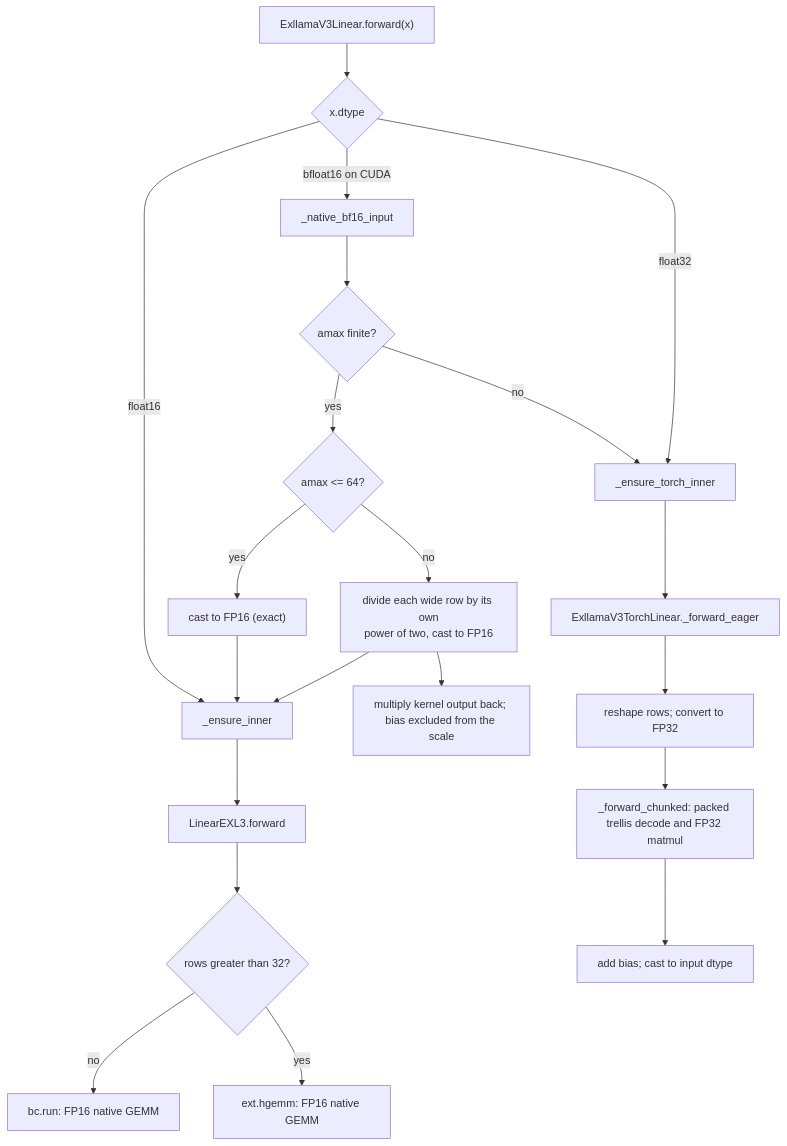
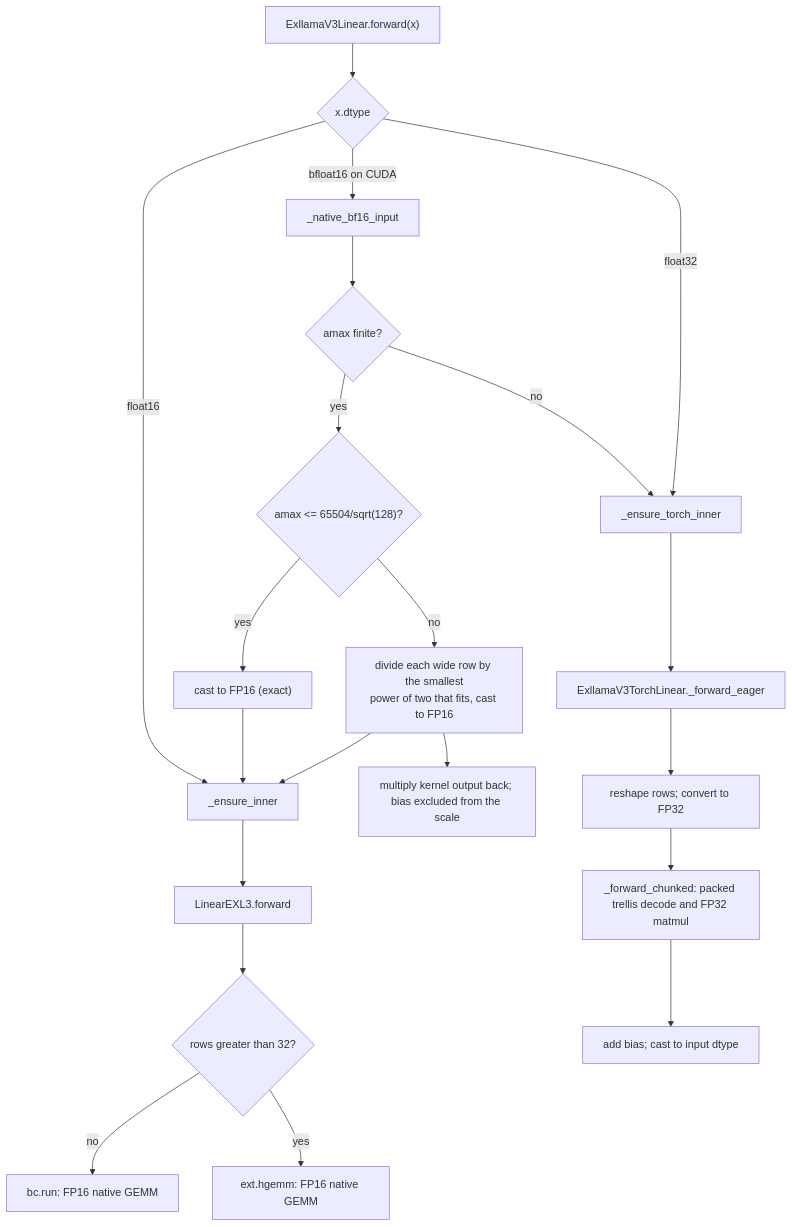
Before and after one commit to ModelCloud/GPTQModel: the diagram in docs/exl3-wide-activation-dispatch.md, drawn with Mermaid. The commit also changed other lines of this file and 3 other files, not shown here.

````diff
--- a/docs/exl3-wide-activation-dispatch.md
+++ b/docs/exl3-wide-activation-dispatch.md
@@ -13,23 +13,23 @@
 ```mermaid
 flowchart TD
     A["ExllamaV3Linear.forward(x)"] --> B{"x.dtype"}
     B -->|float16| C["_ensure_inner"]
     B -->|bfloat16 on CUDA| D["_native_bf16_input"]
     D --> E{"amax finite?"}
     E -->|no| H["_ensure_torch_inner"]
-    E -->|yes| F{"amax <= 64?"}
+    E -->|yes| F{"amax <= 65504/sqrt(128)?"}
     F -->|yes| G["cast to FP16 (exact)"]
-    F -->|no| P["divide each wide row by its own<br/>power of two, cast to FP16"]
+    F -->|no| P["divide each wide row by the smallest<br/>power of two that fits, cast to FP16"]
     G --> C
     P --> C
     C --> I["LinearEXL3.forward"]
     I --> J{"rows greater than 32?"}
     J -->|no| K["bc.run: FP16 native GEMM"]
     J -->|yes| L["ext.hgemm: FP16 native GEMM"]
     P --> Q["multiply kernel output back; bias excluded from the scale"]
     B -->|float32| H
     H --> M["ExllamaV3TorchLinear._forward_eager"]
     M --> N["reshape rows; convert to FP32"]
     N --> O["_forward_chunked: packed trellis decode and FP32 matmul"]
     O --> R["add bias; cast to input dtype"]
 ```
````
